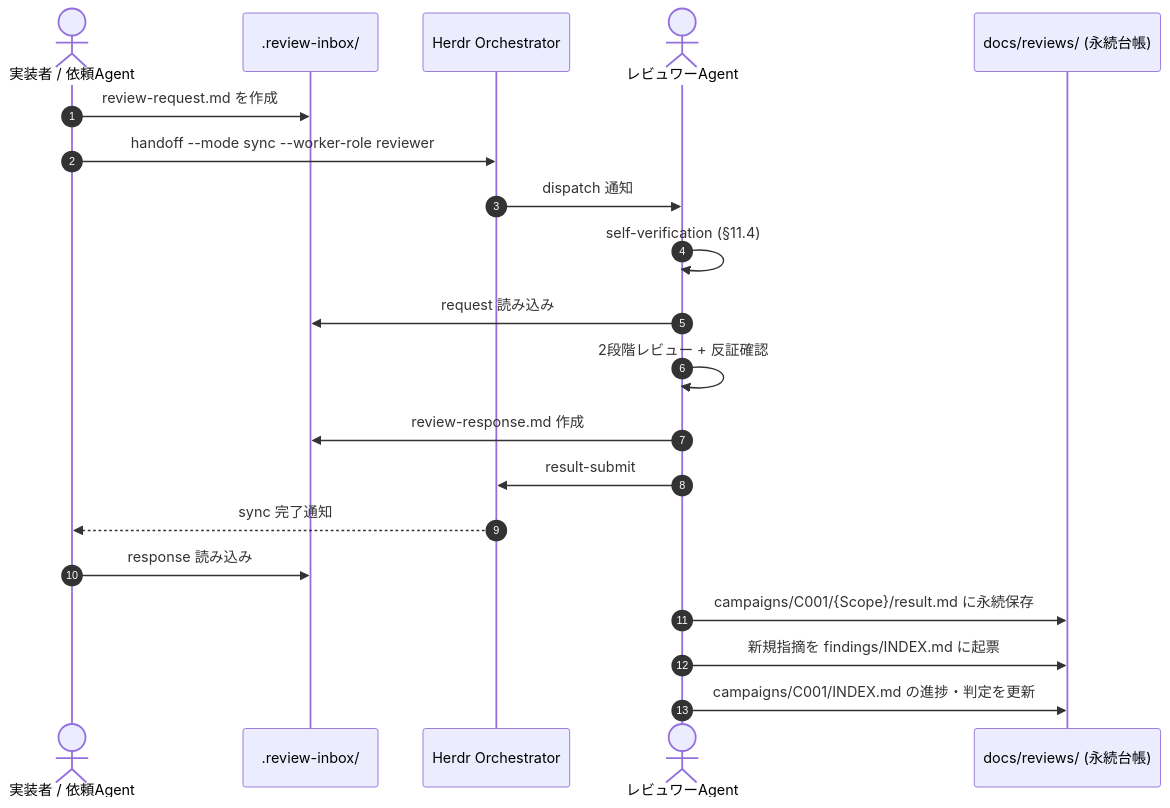
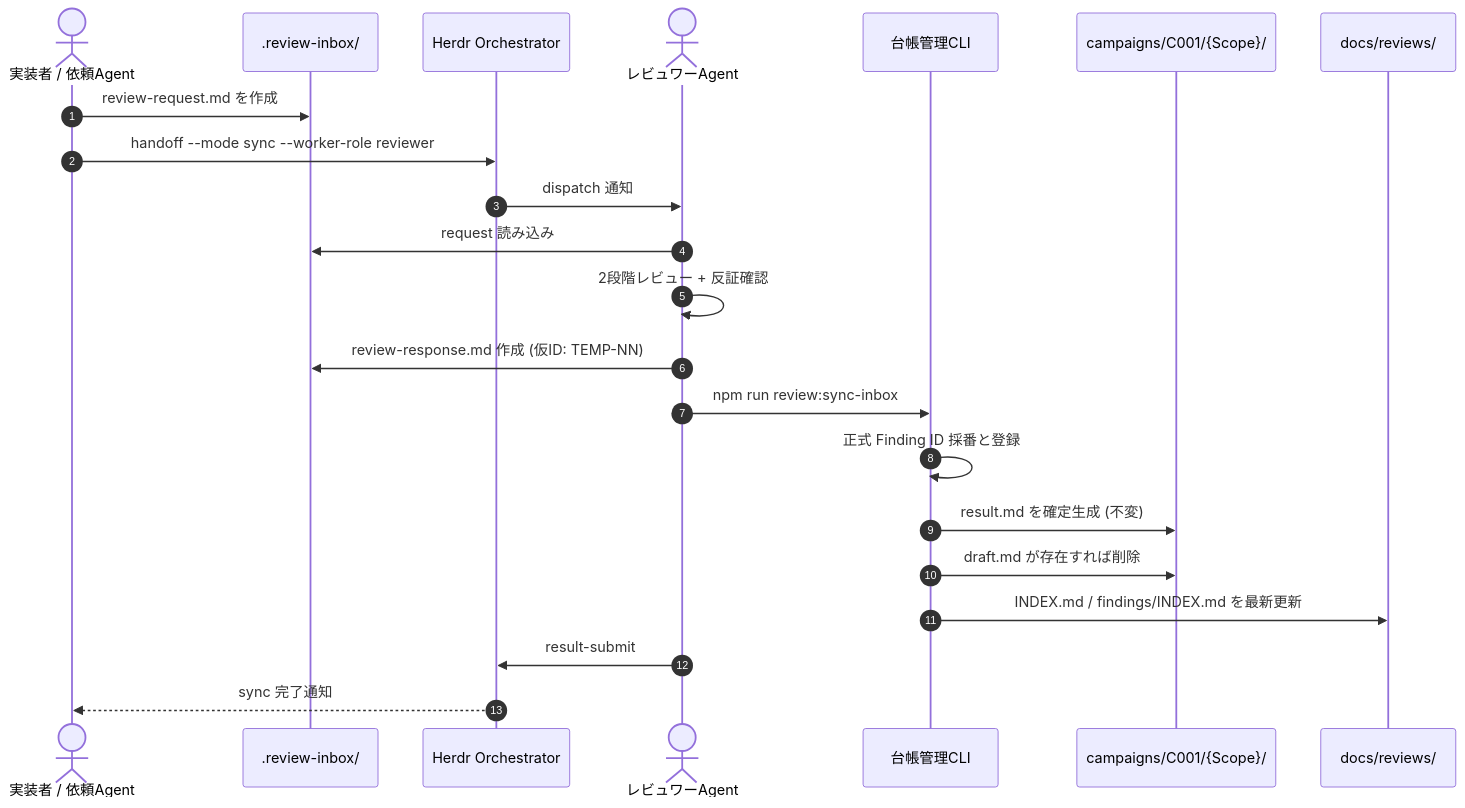
Before and after one commit to okinawa-systembit/herdr-orchestration: the third of 6 diagrams in docs/reviews/CONTINUOUS_REVIEW_DESIGN.md, drawn with Mermaid. The commit also changed other lines of this file and 2 other files, not shown here.

Commit message:
docs(review): Phase 1 設計レビュー指摘の反映とNode.js基盤確定

````diff
--- a/docs/reviews/CONTINUOUS_REVIEW_DESIGN.md
+++ b/docs/reviews/CONTINUOUS_REVIEW_DESIGN.md
@@ -438,23 +509,25 @@
 ```mermaid
 sequenceDiagram
     autonumber
     actor Requester as 実装者 / 依頼Agent
     participant Inbox as .review-inbox/
     participant Orchestrator as Herdr Orchestrator
     actor Reviewer as レビュワーAgent
-    participant Ledger as docs/reviews/ (永続台帳)
+    participant CLI as 台帳管理CLI
+    participant CampaignDir as campaigns/C001/{Scope}/
+    participant Ledger as docs/reviews/
 
     Requester->>Inbox: review-request.md を作成
     Requester->>Orchestrator: handoff --mode sync --worker-role reviewer
     Orchestrator->>Reviewer: dispatch 通知
-    Reviewer->>Reviewer: self-verification (§11.4)
     Reviewer->>Inbox: request 読み込み
     Reviewer->>Reviewer: 2段階レビュー + 反証確認
-    Reviewer->>Inbox: review-response.md 作成
+    Reviewer->>Inbox: review-response.md 作成 (仮ID: TEMP-NN)
+    Reviewer->>CLI: npm run review:sync-inbox
+    CLI->>CLI: 正式 Finding ID 採番と登録
+    CLI->>CampaignDir: result.md を確定生成 (不変)
+    CLI->>CampaignDir: draft.md が存在すれば削除
+    CLI->>Ledger: INDEX.md / findings/INDEX.md を最新更新
     Reviewer->>Orchestrator: result-submit
     Orchestrator-->>Requester: sync 完了通知
-    Requester->>Inbox: response 読み込み
-    Reviewer->>Ledger: campaigns/C001/{Scope}/result.md に永続保存
-    Reviewer->>Ledger: 新規指摘を findings/INDEX.md に起票
-    Reviewer->>Ledger: campaigns/C001/INDEX.md の進捗・判定を更新
 ```
````
